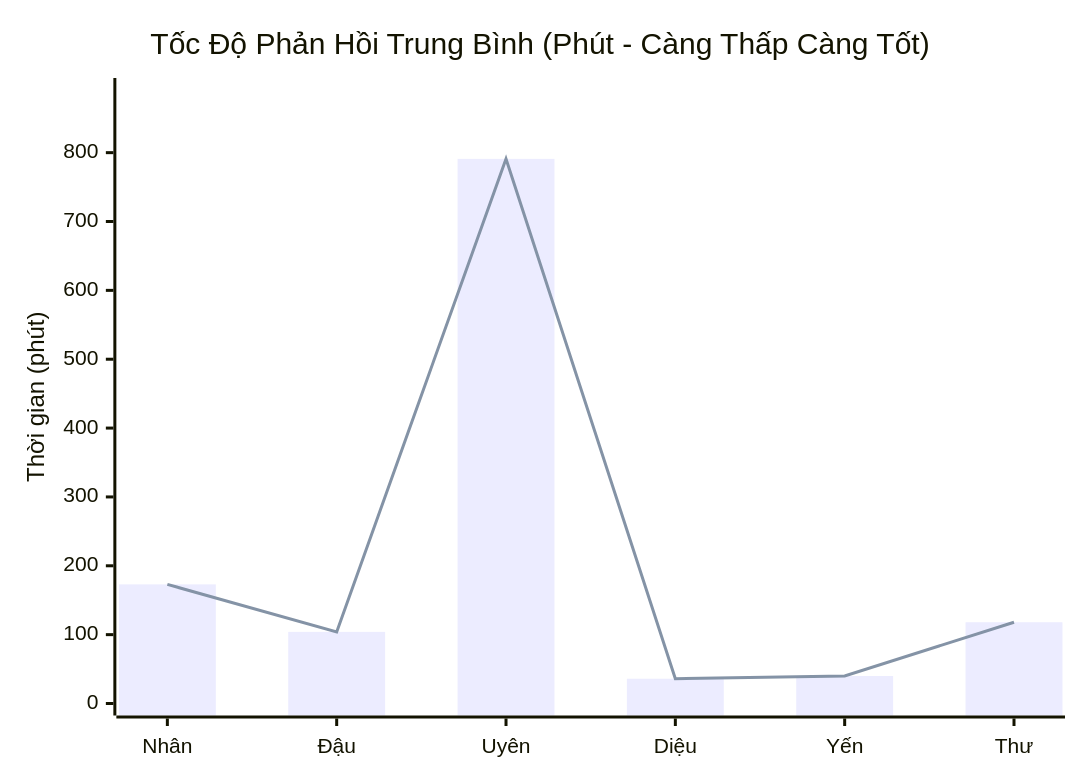
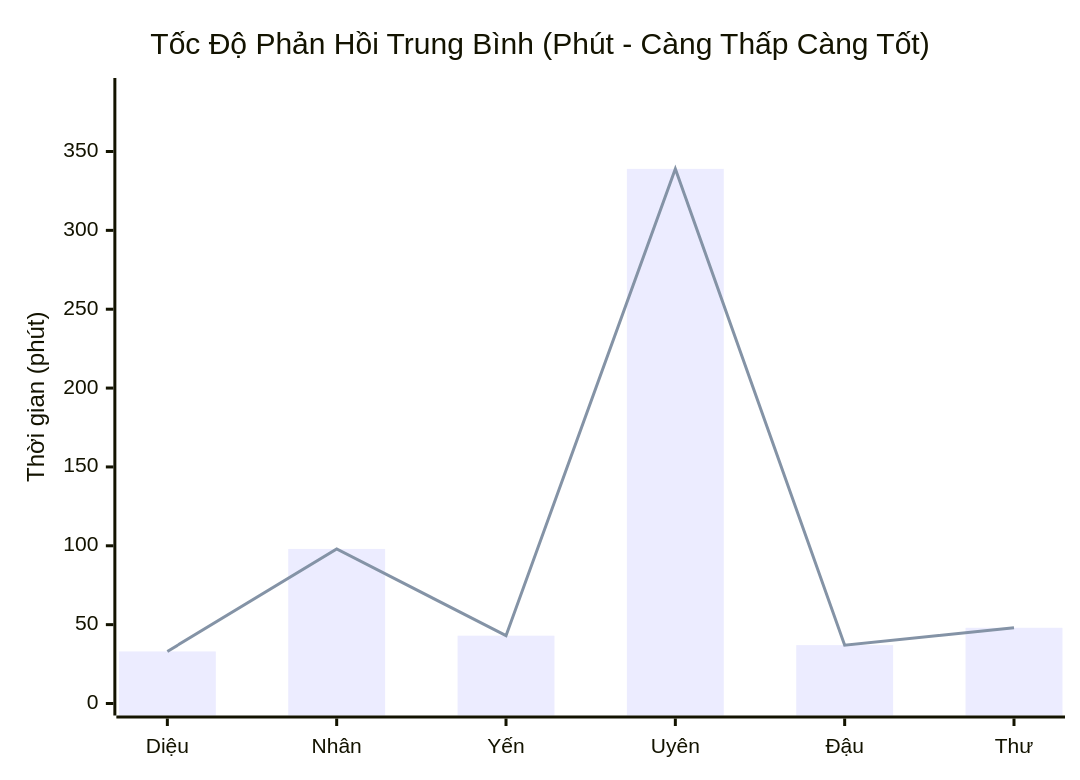
Before and after one commit to dai-duong-1992/nerci-wiki: the fourth of 8 diagrams in content/Pancake-Audit/2026-08-25-NERCI-Pancake-Omnichannel-Performance-Report.md, drawn with Mermaid. The commit also changed other lines of this file and 2 other files, not shown here.

````diff
--- a/content/Pancake-Audit/2026-08-25-NERCI-Pancake-Omnichannel-Performance-Report.md
+++ b/content/Pancake-Audit/2026-08-25-NERCI-Pancake-Omnichannel-Performance-Report.md
@@ -87,8 +94,8 @@
 ```mermaid
 xychart-beta
     title "Tốc Độ Phản Hồi Trung Bình (Phút - Càng Thấp Càng Tốt)"
-    x-axis ["Nhân", "Đậu", "Uyên", "Diệu", "Yến", "Thư"]
-    y-axis "Thời gian (phút)" 0 --> 891
-    bar [173, 104, 791, 36, 40, 118]
-    line [173, 104, 791, 36, 40, 118]
+    x-axis ["Diệu", "Nhân", "Yến", "Uyên", "Đậu", "Thư"]
+    y-axis "Thời gian (phút)" 0 --> 389
+    bar [33, 98, 43, 339, 37, 48]
+    line [33, 98, 43, 339, 37, 48]
 ```
````
